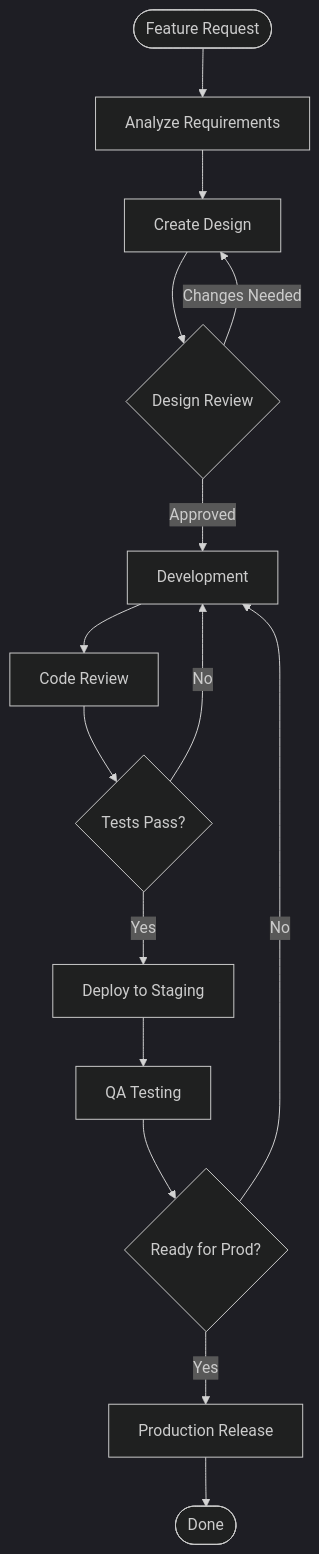
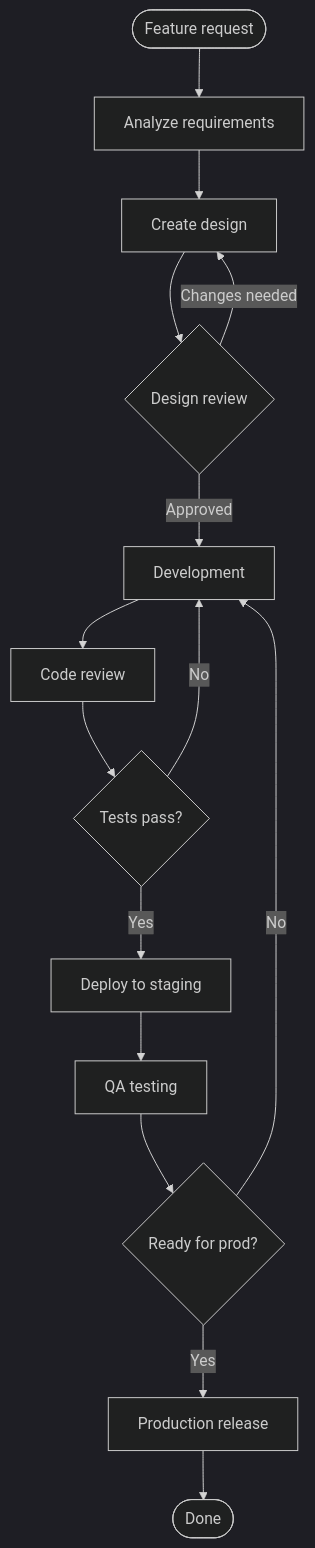
The first of 19 diagrams in mastery-of-mermaid/references/common-patterns.md (flatrick/agent-skills), drawn with Mermaid (dark theme) before and after one commit. The commit also changed other lines of this file and 10 other files, not shown here.

````diff
--- a/mastery-of-mermaid/references/common-patterns.md
+++ b/mastery-of-mermaid/references/common-patterns.md
@@ -14,17 +23,17 @@
 ```mermaid
 flowchart TD
-    Start([Feature Request]) --> Analysis[Analyze Requirements]
-    Analysis --> Design[Create Design]
-    Design --> Review{Design Review}
+    Start([Feature request]) --> Analysis[Analyze requirements]
+    Analysis --> Design[Create design]
+    Design --> Review{Design review}
     Review -->|Approved| Dev[Development]
-    Review -->|Changes Needed| Design
-    Dev --> CodeReview[Code Review]
-    CodeReview --> Tests{Tests Pass?}
+    Review -->|Changes needed| Design
+    Dev --> CodeReview[Code review]
+    CodeReview --> Tests{Tests pass?}
     Tests -->|No| Dev
-    Tests -->|Yes| Deploy[Deploy to Staging]
-    Deploy --> QA[QA Testing]
-    QA --> Prod{Ready for Prod?}
+    Tests -->|Yes| Deploy[Deploy to staging]
+    Deploy --> QA[QA testing]
+    QA --> Prod{Ready for prod?}
     Prod -->|No| Dev
-    Prod -->|Yes| Release[Production Release]
+    Prod -->|Yes| Release[Production release]
     Release --> End([Done])
 ```
````
